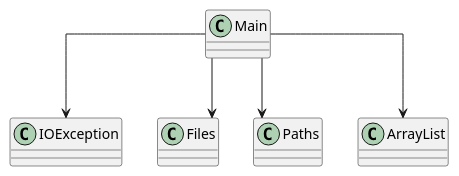
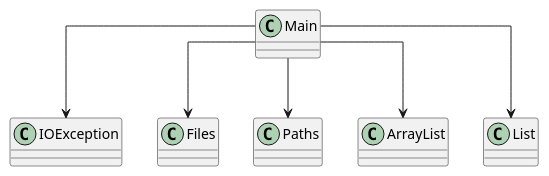
Before and after one commit to SirMathhman/Magma: the diagram in diagram.puml, drawn with PlantUML. The commit also changed 1 other file, not shown here.

```diff
--- a/diagram.puml
+++ b/diagram.puml
@@ -1,8 +1,9 @@
 @startuml
 skinparam linetype ortho
 class Main
 Main --> IOException
 Main --> Files
 Main --> Paths
 Main --> ArrayList
+Main --> List
 @enduml
```
